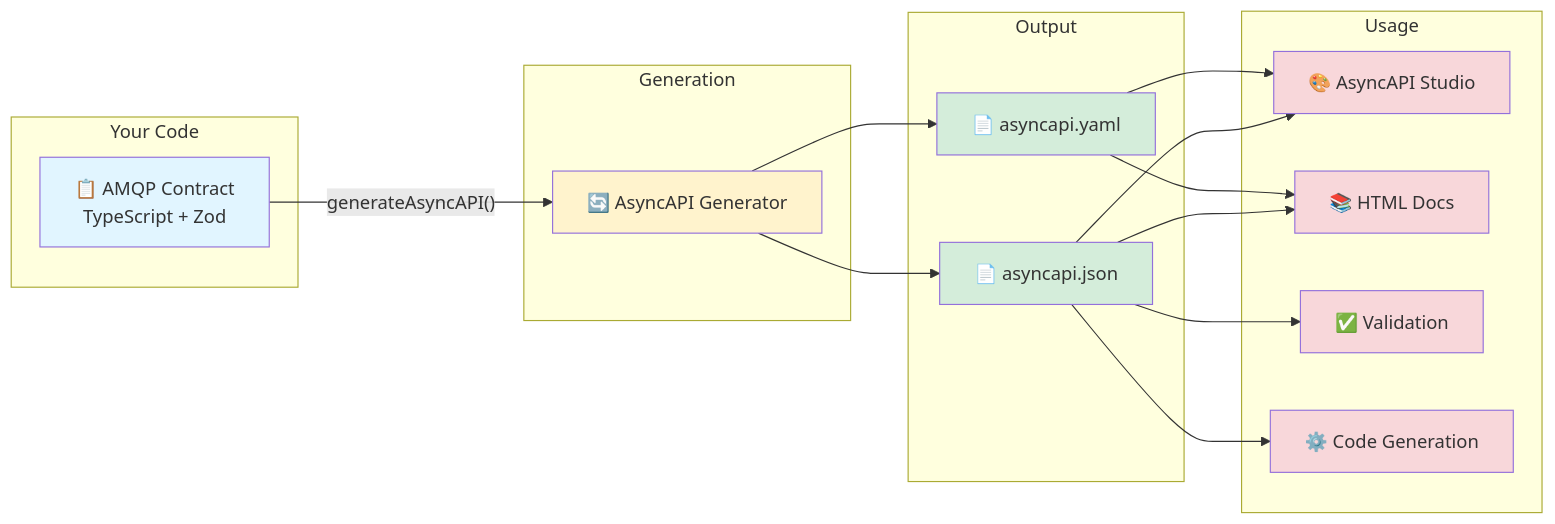
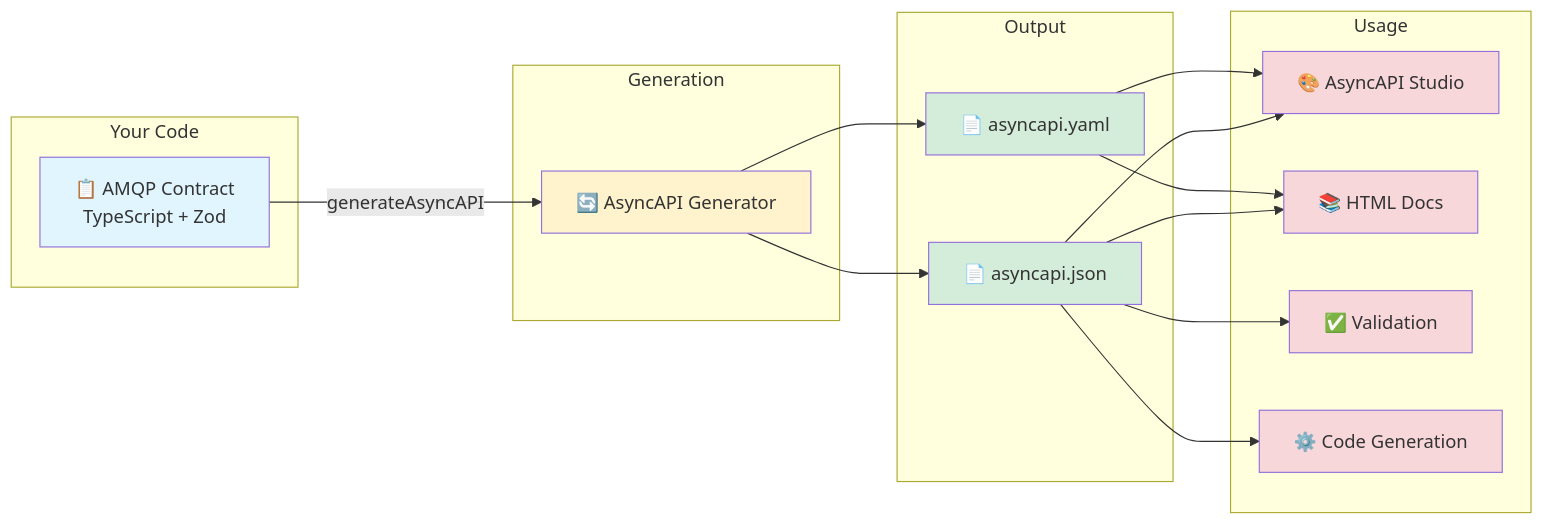
The first of 3 diagrams in website/docs/examples/asyncapi-generation.md (btravers/amqp-contract), drawn with Mermaid before and after one commit. The commit also changed other lines of this file and 1 other file, not shown here.

Commit message:
fix(website): remove parentheses from Mermaid arrow labels to fix parse errors

````diff
--- a/website/docs/examples/asyncapi-generation.md
+++ b/website/docs/examples/asyncapi-generation.md
@@ -18,43 +18,43 @@
 ```mermaid
 graph LR
     subgraph "Your Code"
         Contract["📋 AMQP Contract<br/>TypeScript + Zod"]
     end
 
     subgraph "Generation"
         Generator["🔄 AsyncAPI Generator"]
     end
 
     subgraph "Output"
         JSON["📄 asyncapi.json"]
         YAML["📄 asyncapi.yaml"]
     end
 
     subgraph "Usage"
         Studio["🎨 AsyncAPI Studio"]
         Docs["📚 HTML Docs"]
         Validate["✅ Validation"]
         CodeGen["⚙️ Code Generation"]
     end
 
-    Contract -->|"generateAsyncAPI()"| Generator
+    Contract -->|"generateAsyncAPI"| Generator
     Generator --> JSON
     Generator --> YAML
 
     JSON --> Studio
     JSON --> Docs
     JSON --> Validate
     JSON --> CodeGen
 
     YAML --> Studio
     YAML --> Docs
 
     style Contract fill:#e1f5ff
     style Generator fill:#fff3cd
     style JSON fill:#d4edda
     style YAML fill:#d4edda
     style Studio fill:#f8d7da
     style Docs fill:#f8d7da
     style Validate fill:#f8d7da
     style CodeGen fill:#f8d7da
 ```
````
